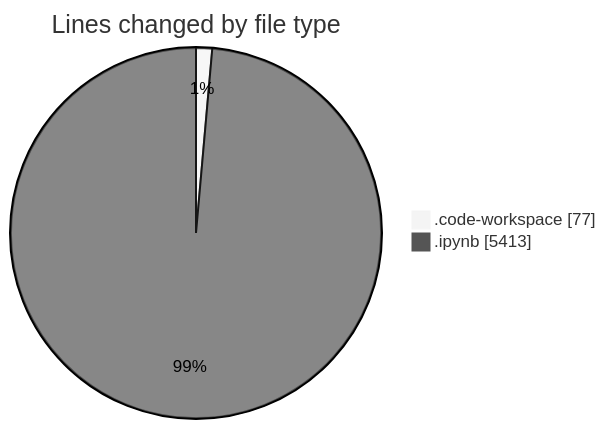
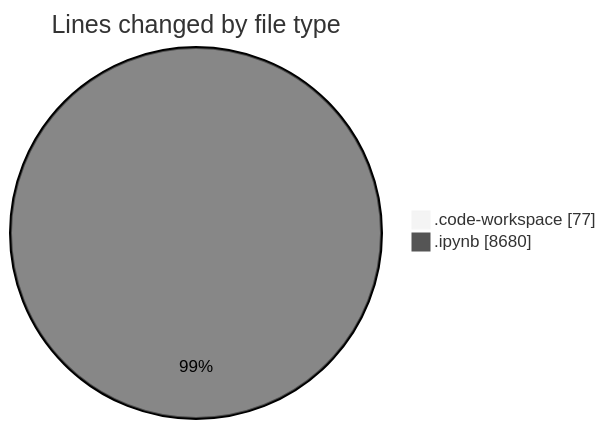
Before and after one commit to MatusMokan/code-tracking: the first of 2 diagrams in 2025-03-14/myws__workspace_/README.md, drawn with Mermaid (neutral theme). The commit also changed other lines of this file and 1 other file, not shown here.

````diff
--- a/2025-03-14/myws__workspace_/README.md
+++ b/2025-03-14/myws__workspace_/README.md
@@ -21,6 +21,6 @@
 ```mermaid
 pie showData
 title Lines changed by file type
 ".code-workspace" : 77
-".ipynb" : 5413
+".ipynb" : 8680
 ```
````
